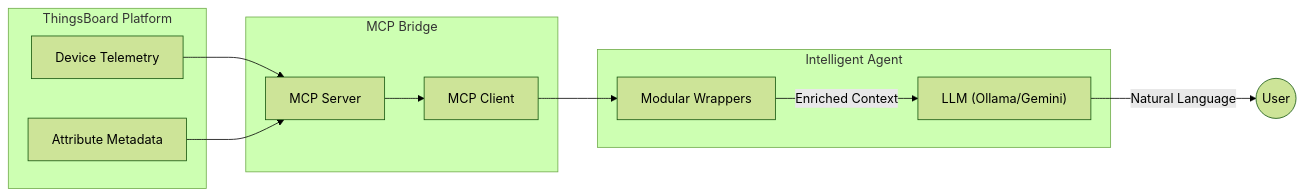
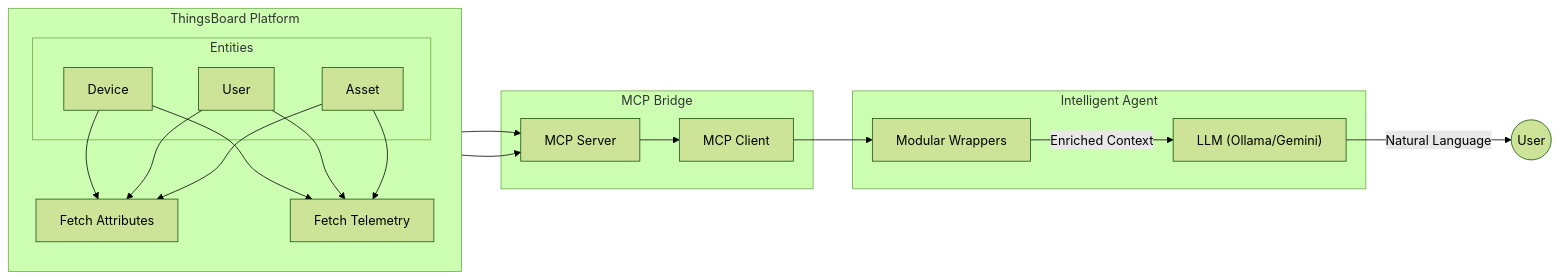
The third of 3 diagrams in README.md (Poojashri0301/ollama-thingsboard-agent), drawn with Mermaid (forest theme) before and after one commit. The commit also changed other lines of this file, not shown here.

Commit message:
docs: update README with enterprise architecture, API specs, and feature modules

````diff
--- a/README.md
+++ b/README.md
@@ -113,23 +113,32 @@
 ```mermaid
 graph LR
     subgraph "ThingsBoard Platform"
-        D["Device Telemetry"]
-        A["Attribute Metadata"]
+        direction TB
+        subgraph "Entities"
+            D["Device"]
+            U["User"]
+            A["Asset"]
+        end
+        attr["Fetch Attributes"]
+        tele["Fetch Telemetry"]
+        
+        D & U & A --> attr
+        D & U & A --> tele
     end
 
     subgraph "MCP Bridge"
         S["MCP Server"]
         C["MCP Client"]
     end
 
     subgraph "Intelligent Agent"
         W["Modular Wrappers"]
         LLM["LLM (Ollama/Gemini)"]
     end
 
-    D & A --> S
+    attr & tele --> S
     S --> C
     C --> W
     W -- "Enriched Context" --> LLM
-    LLM -- "Natural Language" --> User((User))
+    LLM -- "Natural Language" --> UserNode((User))
 ```
````
